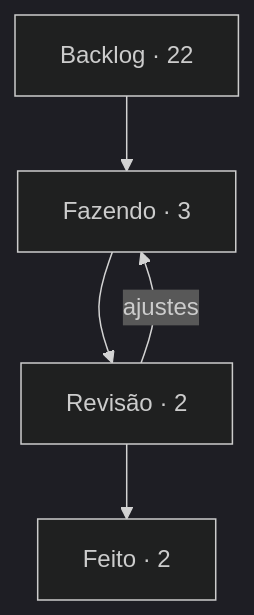
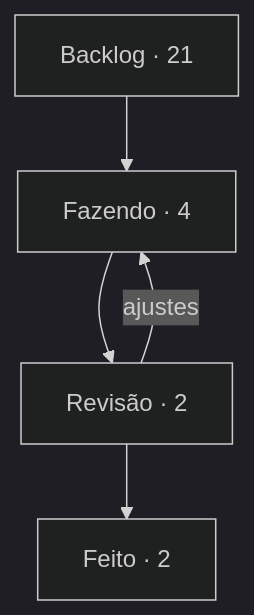
Before and after one commit to StudioVibi/VibiKanban: the diagram in boards/dungeon-bend/BOARD.md, drawn with Mermaid (dark theme). The commit also changed other lines of this file and 1 other file, not shown here.

Commit message:
board: DB-2 Backlog → Fazendo (@isabellaherman)

````diff
--- a/boards/dungeon-bend/BOARD.md
+++ b/boards/dungeon-bend/BOARD.md
@@ -5,10 +5,10 @@
 ```mermaid
 flowchart TD
-  backlog["Backlog · 22"] --> doing["Fazendo · 3"]
+  backlog["Backlog · 21"] --> doing["Fazendo · 4"]
   doing --> review["Revisão · 2"]
   review --> done["Feito · 2"]
   review -->|ajustes| doing
   doing:::blue
   review:::yellow
   done:::green
 ```
````
